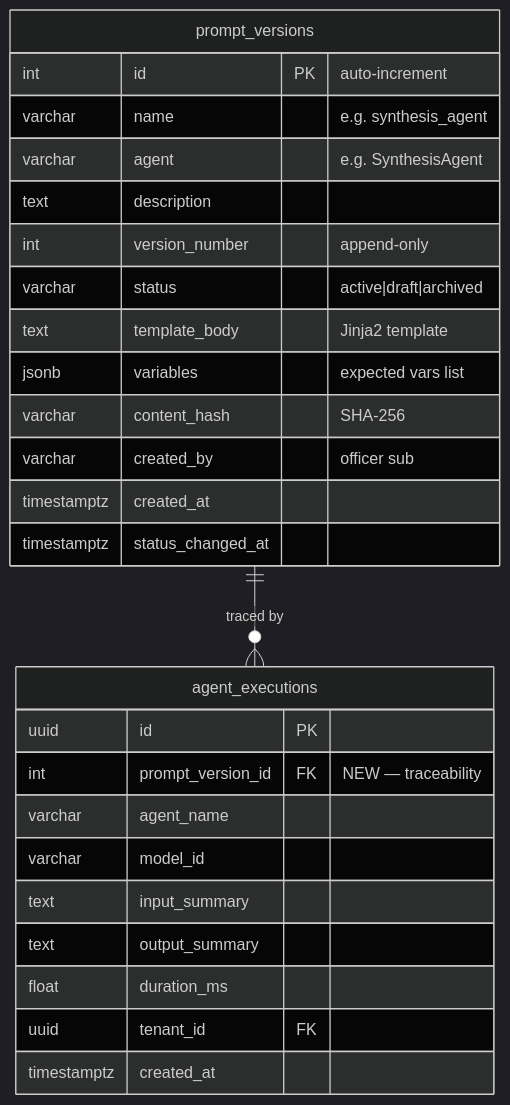
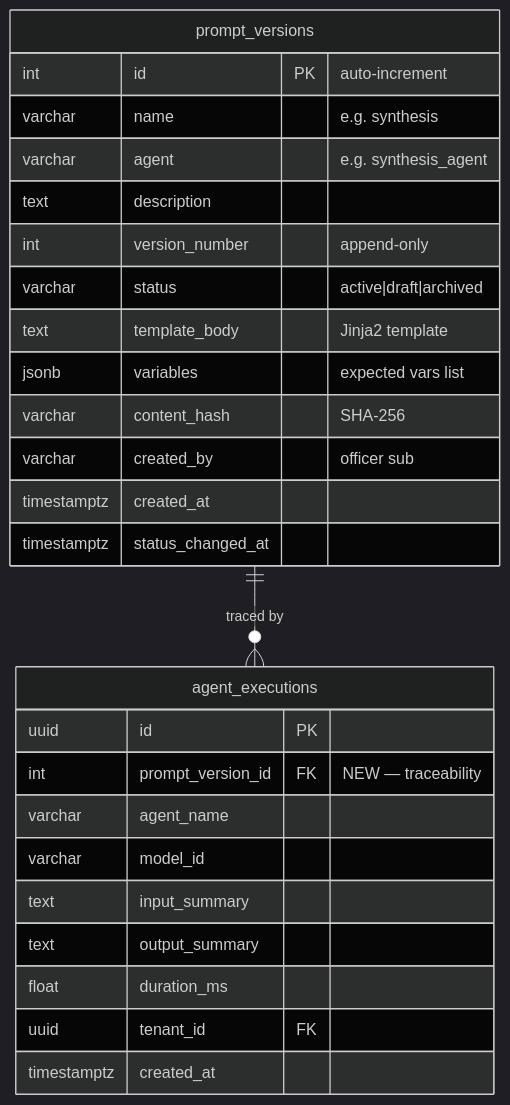
One commit to Tsunami-max/trust-relay-docs changed the third of 4 diagrams in docs/architecture/prompt-management.md. Above: the diagram before and after it, drawn with Mermaid (dark theme). The commit also changed other lines of this file and 177 other files, not shown here.

````diff
--- a/docs/architecture/prompt-management.md
+++ b/docs/architecture/prompt-management.md
@@ -107,31 +127,31 @@
 ```mermaid
 erDiagram
     prompt_versions ||--o{ agent_executions : "traced by"
 
     prompt_versions {
         int id PK "auto-increment"
-        varchar name "e.g. synthesis_agent"
-        varchar agent "e.g. SynthesisAgent"
+        varchar name "e.g. synthesis"
+        varchar agent "e.g. synthesis_agent"
         text description
         int version_number "append-only"
         varchar status "active|draft|archived"
         text template_body "Jinja2 template"
         jsonb variables "expected vars list"
         varchar content_hash "SHA-256"
         varchar created_by "officer sub"
         timestamptz created_at
         timestamptz status_changed_at
     }
 
     agent_executions {
         uuid id PK
         int prompt_version_id FK "NEW — traceability"
         varchar agent_name
         varchar model_id
         text input_summary
         text output_summary
         float duration_ms
         uuid tenant_id FK
         timestamptz created_at
     }
 ```
````
